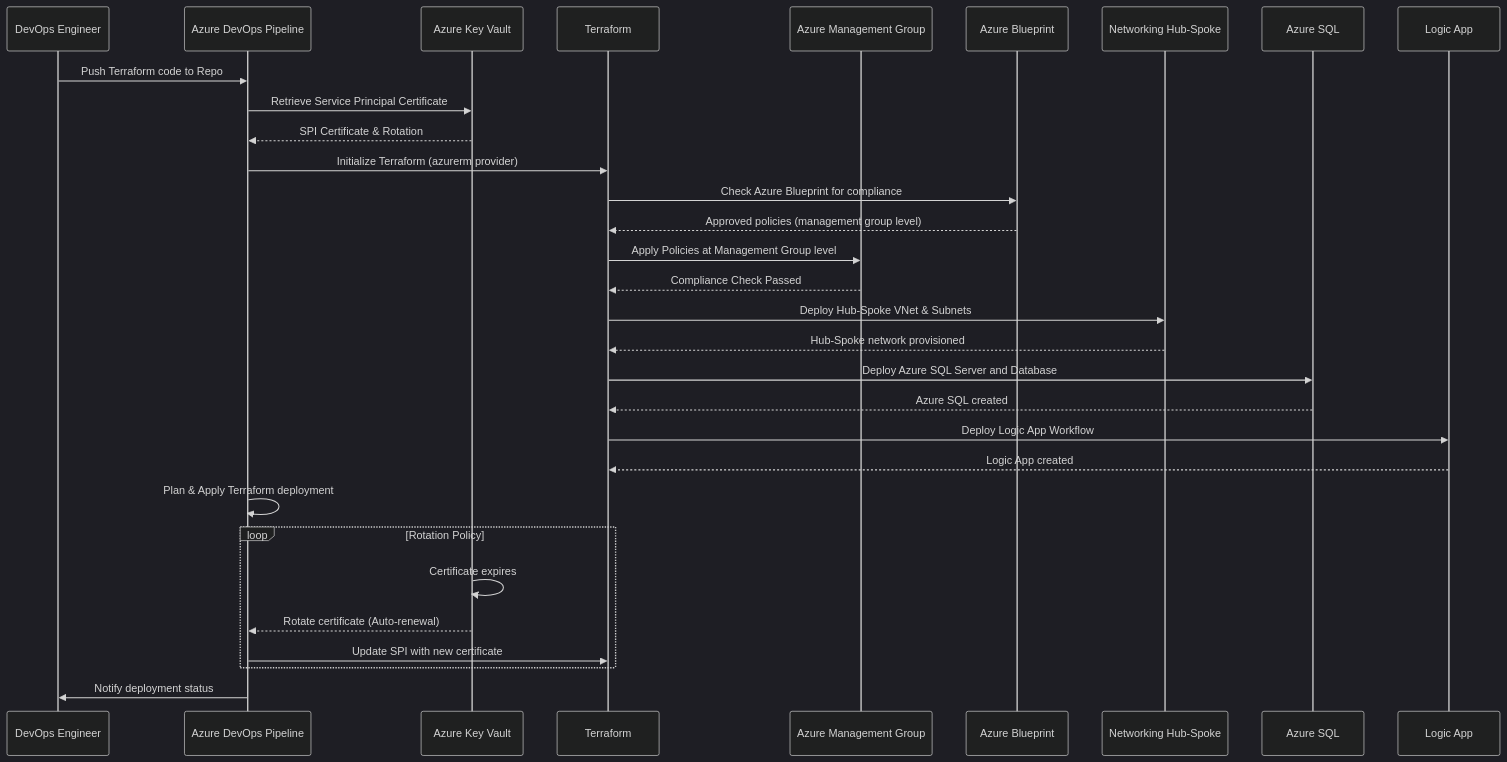
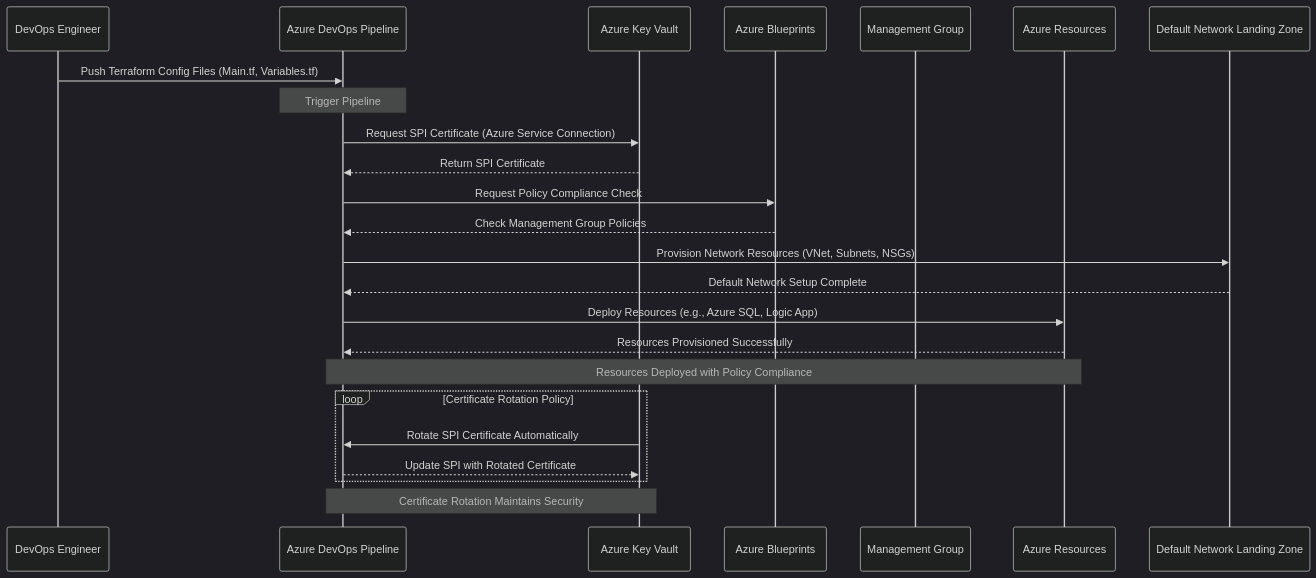
Before and after one commit to oigbokwe73/Deploy-Into-Azure-using-Terrafform: the diagram in README.md, drawn with Mermaid (dark theme). The commit also changed other lines of this file, not shown here.

````diff
--- a/README.md
+++ b/README.md
@@ -5,42 +8,35 @@
 ```mermaid
 sequenceDiagram
     participant DevOpsEngineer as DevOps Engineer
-    participant AzureDevOps as Azure DevOps Pipeline
+    participant AzDevOps as Azure DevOps Pipeline
     participant KeyVault as Azure Key Vault
-    participant Terraform as Terraform
-    participant AzureMgmtGroup as Azure Management Group
-    participant AzureBlueprint as Azure Blueprint
-    participant Networking as Networking Hub-Spoke
-    participant AzureSQL as Azure SQL
-    participant LogicApp as Logic App
+    participant Blueprint as Azure Blueprints
+    participant MgmtGroup as Management Group
+    participant Azure as Azure Resources
+    participant LandingZone as Default Network Landing Zone
 
-    DevOpsEngineer->>AzureDevOps: Push Terraform code to Repo
-    AzureDevOps->>KeyVault: Retrieve Service Principal Certificate
-    KeyVault-->>AzureDevOps: SPI Certificate & Rotation
-    AzureDevOps->>Terraform: Initialize Terraform (azurerm provider)
+    DevOpsEngineer->>AzDevOps: Push Terraform Config Files (Main.tf, Variables.tf)
     
-    Terraform->>AzureBlueprint: Check Azure Blueprint for compliance
-    AzureBlueprint-->>Terraform: Approved policies (management group level)
+    Note over AzDevOps: Trigger Pipeline
     
-    Terraform->>AzureMgmtGroup: Apply Policies at Management Group level
-    AzureMgmtGroup-->>Terraform: Compliance Check Passed
+    AzDevOps->>KeyVault: Request SPI Certificate (Azure Service Connection)
+    KeyVault-->>AzDevOps: Return SPI Certificate
+    
+    AzDevOps->>Blueprint: Request Policy Compliance Check
+    Blueprint-->>AzDevOps: Check Management Group Policies
+    
+    AzDevOps->>LandingZone: Provision Network Resources (VNet, Subnets, NSGs)
+    LandingZone-->>AzDevOps: Default Network Setup Complete
+    
+    AzDevOps->>Azure: Deploy Resources (e.g., Azure SQL, Logic App)
+    Azure-->>AzDevOps: Resources Provisioned Successfully
+    
+    Note over AzDevOps, Azure: Resources Deployed with Policy Compliance
 
-    Terraform->>Networking: Deploy Hub-Spoke VNet & Subnets
-    Networking-->>Terraform: Hub-Spoke network provisioned
+    loop Certificate Rotation Policy
+        KeyVault->>AzDevOps: Rotate SPI Certificate Automatically
+        AzDevOps-->>KeyVault: Update SPI with Rotated Certificate
+    end
     
-    Terraform->>AzureSQL: Deploy Azure SQL Server and Database
-    AzureSQL-->>Terraform: Azure SQL created
-
-    Terraform->>LogicApp: Deploy Logic App Workflow
-    LogicApp-->>Terraform: Logic App created
-
-    AzureDevOps->>AzureDevOps: Plan & Apply Terraform deployment
-
-    loop Rotation Policy
-      KeyVault->>KeyVault: Certificate expires
-      KeyVault-->>AzureDevOps: Rotate certificate (Auto-renewal)
-      AzureDevOps->>Terraform: Update SPI with new certificate
-    end
-
-    AzureDevOps->>DevOpsEngineer: Notify deployment status
+    Note over KeyVault, AzDevOps: Certificate Rotation Maintains Security
 ```
````
